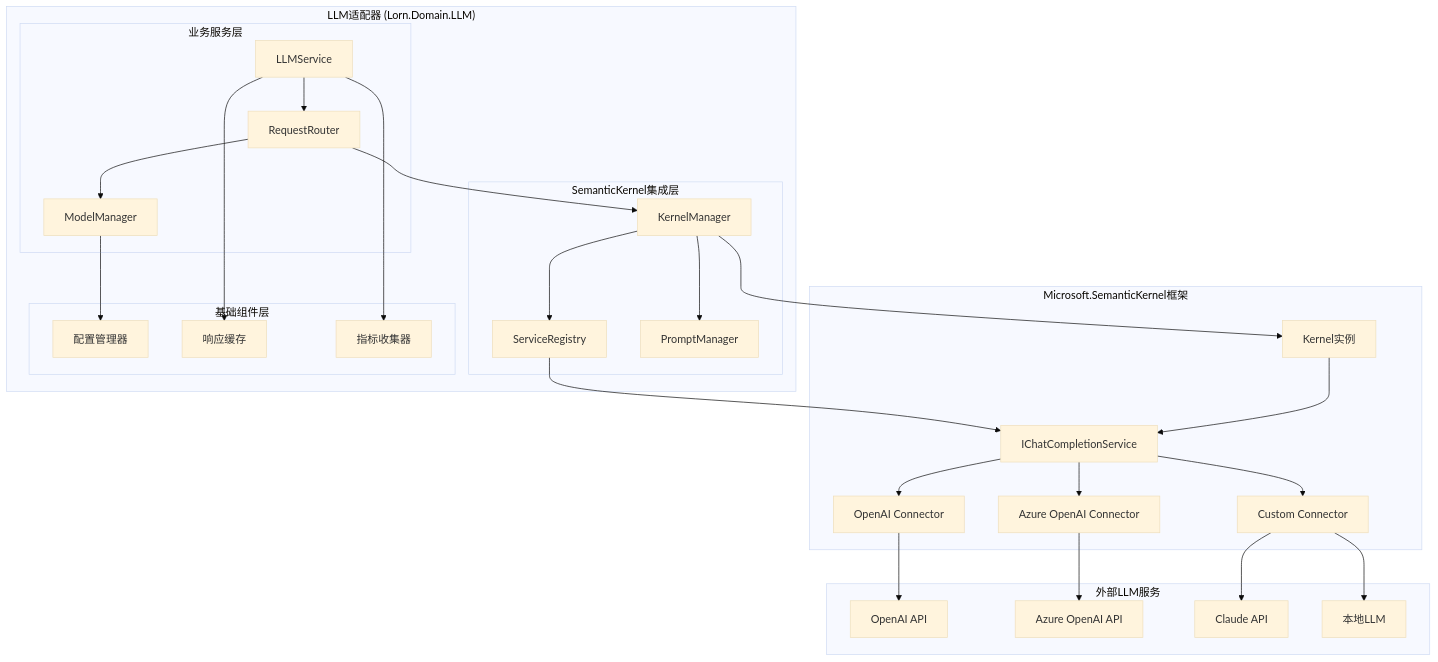
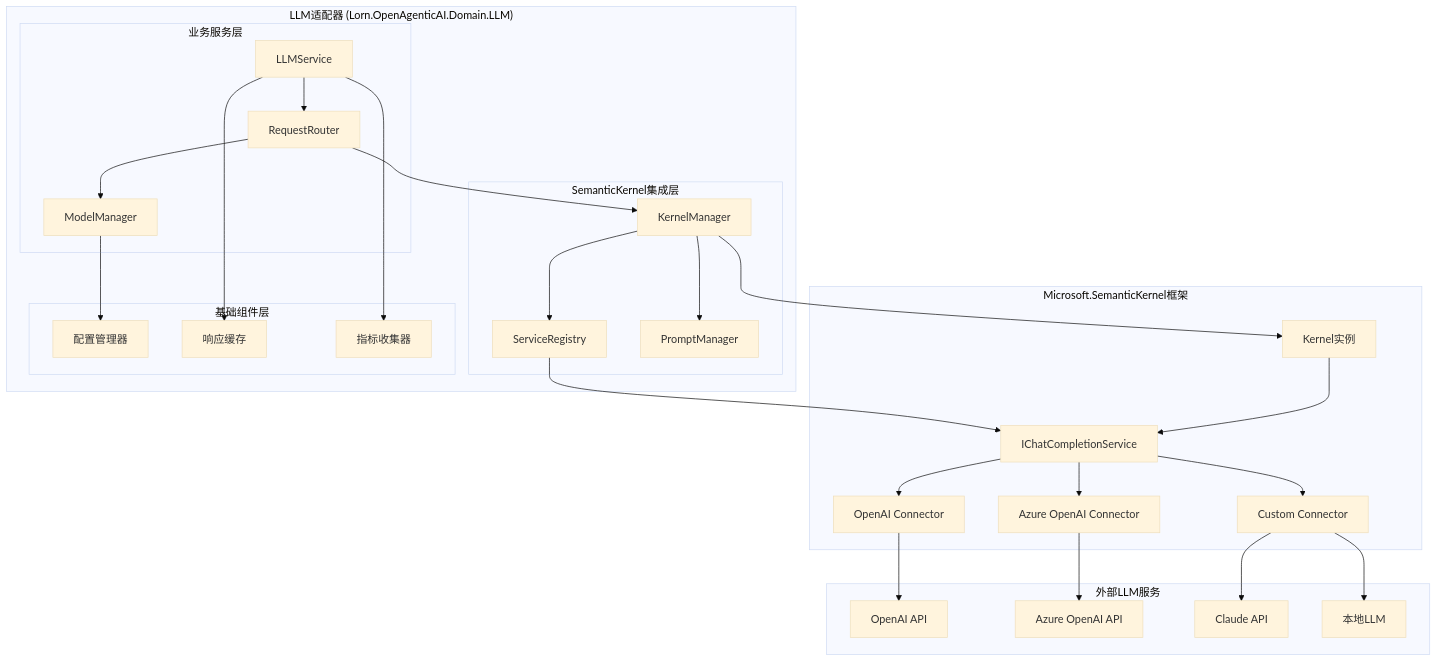
One commit to lornshrimp/Lorn.OpenAgenticAI changed the second of 19 diagrams in docs_TecDesign/LLMAdapterDesign.md. Above: the diagram before and after it, drawn with Mermaid (base theme). The commit also changed other lines of this file and 87 other files, not shown here.

````diff
--- a/docs_TecDesign/LLMAdapterDesign.md
+++ b/docs_TecDesign/LLMAdapterDesign.md
@@ -66,62 +66,62 @@
 ```mermaid
 graph TB
-    subgraph "LLM适配器 (Lorn.Domain.LLM)"
+    subgraph "LLM适配器 (Lorn.OpenAgenticAI.Domain.LLM)"
         subgraph "业务服务层"
             LLMService[LLMService]
             ModelManager[ModelManager]
             RequestRouter[RequestRouter]
         end
         
         subgraph "SemanticKernel集成层"
             KernelManager[KernelManager]
             ServiceRegistry[ServiceRegistry]
             PromptManager[PromptManager]
         end
         
         subgraph "基础组件层"
             ConfigManager[配置管理器]
             ResponseCache[响应缓存]
             MetricsCollector[指标收集器]
         end
     end
     
     subgraph "Microsoft.SemanticKernel框架"
         Kernel[Kernel实例]
         ChatService[IChatCompletionService]
         OpenAIConnector[OpenAI Connector]
         AzureConnector[Azure OpenAI Connector]
         CustomConnector[Custom Connector]
     end
     
     subgraph "外部LLM服务"
         OpenAI_API[OpenAI API]
         Azure_API[Azure OpenAI API]
         Claude_API[Claude API]
         Local_LLM[本地LLM]
     end
     
     LLMService --> RequestRouter
     LLMService --> ResponseCache
     LLMService --> MetricsCollector
     
     RequestRouter --> ModelManager
     RequestRouter --> KernelManager
     
     ModelManager --> ConfigManager
     
     KernelManager --> ServiceRegistry
     KernelManager --> PromptManager
     KernelManager --> Kernel
     
     ServiceRegistry --> ChatService
     
     Kernel --> ChatService
     ChatService --> OpenAIConnector
     ChatService --> AzureConnector
     ChatService --> CustomConnector
     
     OpenAIConnector --> OpenAI_API
     AzureConnector --> Azure_API
     CustomConnector --> Claude_API
     CustomConnector --> Local_LLM
 ```
````
